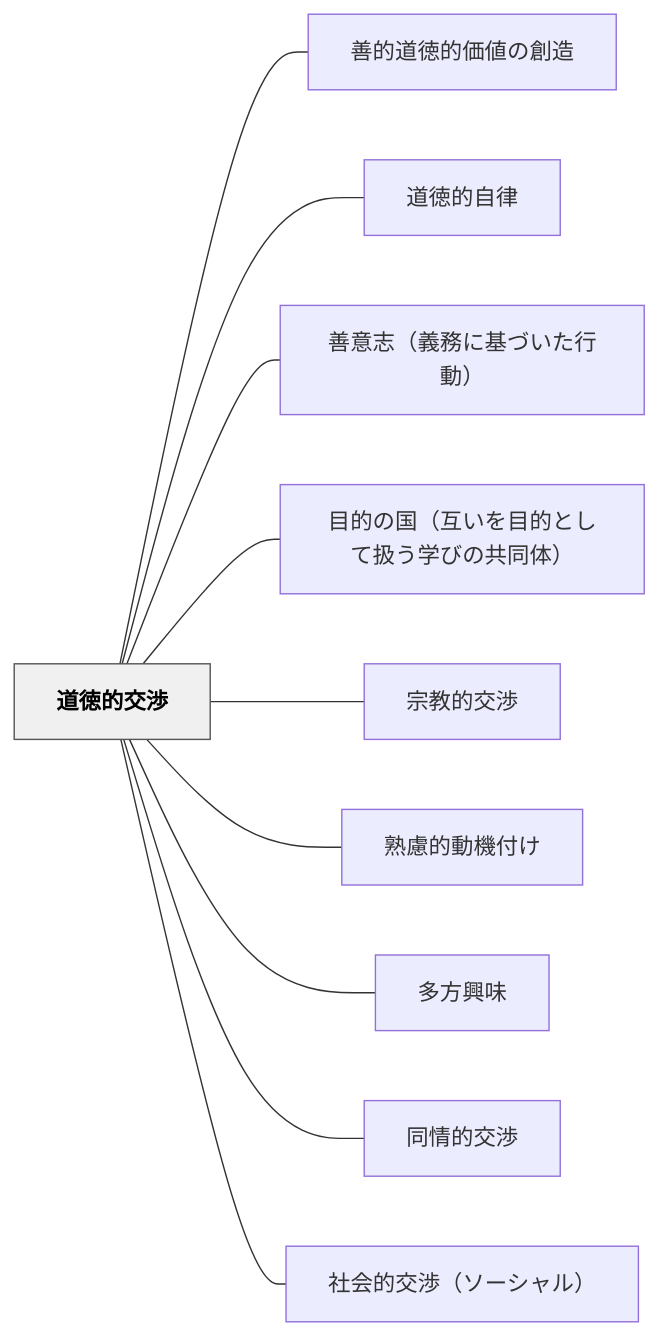
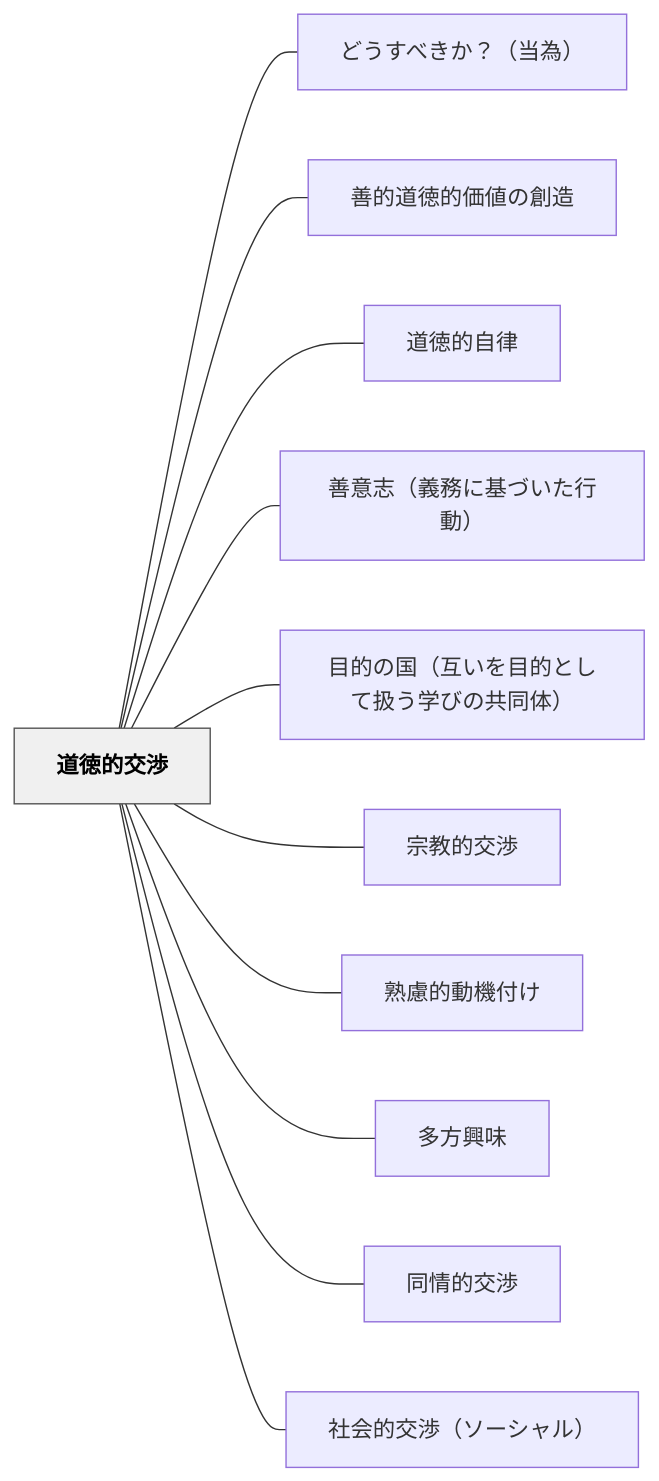
Before and after one commit to unknownthings-ed-patterns/unknownthings-ed-patterns: the diagram in content/パタン/道徳的交渉.md, drawn with Mermaid. The commit also changed other lines of this file and 7 other files, not shown here.

````diff
--- a/content/パタン/道徳的交渉.md
+++ b/content/パタン/道徳的交渉.md
@@ -50,26 +50,28 @@
 ```mermaid
 flowchart LR
     ne98193e5beb3e79a84e4baa4e6b889["道徳的交渉"]
+    ne381a9e38186e38199e381b9e3818de3818befbc9fefbc88e5bd93e782baefbc89["どうすべきか？（当為）"]
     ne59684e79a84e98193e5beb3e79a84e4bea1e580a4e381aee589b5e980a0["善的道徳的価値の創造"]
     ne98193e5beb3e79a84e887aae5be8b["道徳的自律"]
     ne59684e6848fe5bf97efbc88e7bea9e58b99e381abe59fbae381a5e38184e3819fe8a18ce58b95efbc89["善意志（義務に基づいた行動）"]
     ne79baee79a84e381aee59bbdefbc88e4ba92e38184e38292e79baee79a84e381a8e38197e381a6e689b1e38186e5ada6e381b3e381aee585b1e5908ce4bd93efbc89["目的の国（互いを目的として扱う学びの共同体）"]
     ne5ae97e69599e79a84e4baa4e6b889["宗教的交渉"]
     ne7869fe685aee79a84e58b95e6a99fe4bb98e38191["熟慮的動機付け"]
     ne5a49ae696b9e88888e591b3["多方興味"]
     ne5908ce68385e79a84e4baa4e6b889["同情的交渉"]
     ne7a4bee4bc9ae79a84e4baa4e6b889efbc88e382bde383bce382b7e383a3e383abefbc89["社会的交渉（ソーシャル）"]
 
+    ne98193e5beb3e79a84e4baa4e6b889 --- ne381a9e38186e38199e381b9e3818de3818befbc9fefbc88e5bd93e782baefbc89
     ne98193e5beb3e79a84e4baa4e6b889 --- ne59684e79a84e98193e5beb3e79a84e4bea1e580a4e381aee589b5e980a0
     ne98193e5beb3e79a84e4baa4e6b889 --- ne98193e5beb3e79a84e887aae5be8b
     ne98193e5beb3e79a84e4baa4e6b889 --- ne59684e6848fe5bf97efbc88e7bea9e58b99e381abe59fbae381a5e38184e3819fe8a18ce58b95efbc89
     ne98193e5beb3e79a84e4baa4e6b889 --- ne79baee79a84e381aee59bbdefbc88e4ba92e38184e38292e79baee79a84e381a8e38197e381a6e689b1e38186e5ada6e381b3e381aee585b1e5908ce4bd93efbc89
     ne98193e5beb3e79a84e4baa4e6b889 --- ne5ae97e69599e79a84e4baa4e6b889
     ne98193e5beb3e79a84e4baa4e6b889 --- ne7869fe685aee79a84e58b95e6a99fe4bb98e38191
     ne98193e5beb3e79a84e4baa4e6b889 --- ne5a49ae696b9e88888e591b3
     ne98193e5beb3e79a84e4baa4e6b889 --- ne5908ce68385e79a84e4baa4e6b889
     ne98193e5beb3e79a84e4baa4e6b889 --- ne7a4bee4bc9ae79a84e4baa4e6b889efbc88e382bde383bce382b7e383a3e383abefbc89
 
     classDef hub fill:#f0f0f0,stroke:#555,color:#000,font-weight:bold
     class ne98193e5beb3e79a84e4baa4e6b889 hub
 ```
````
